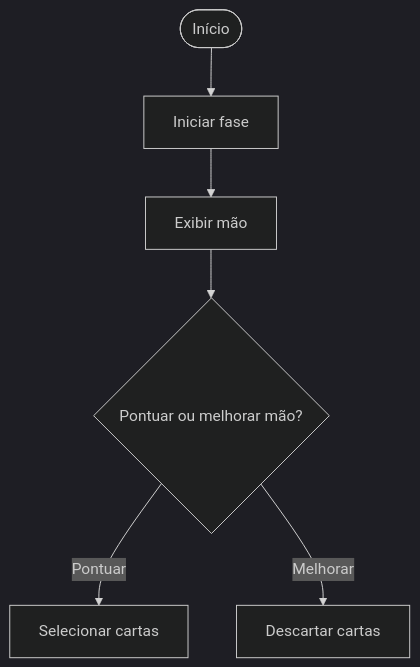
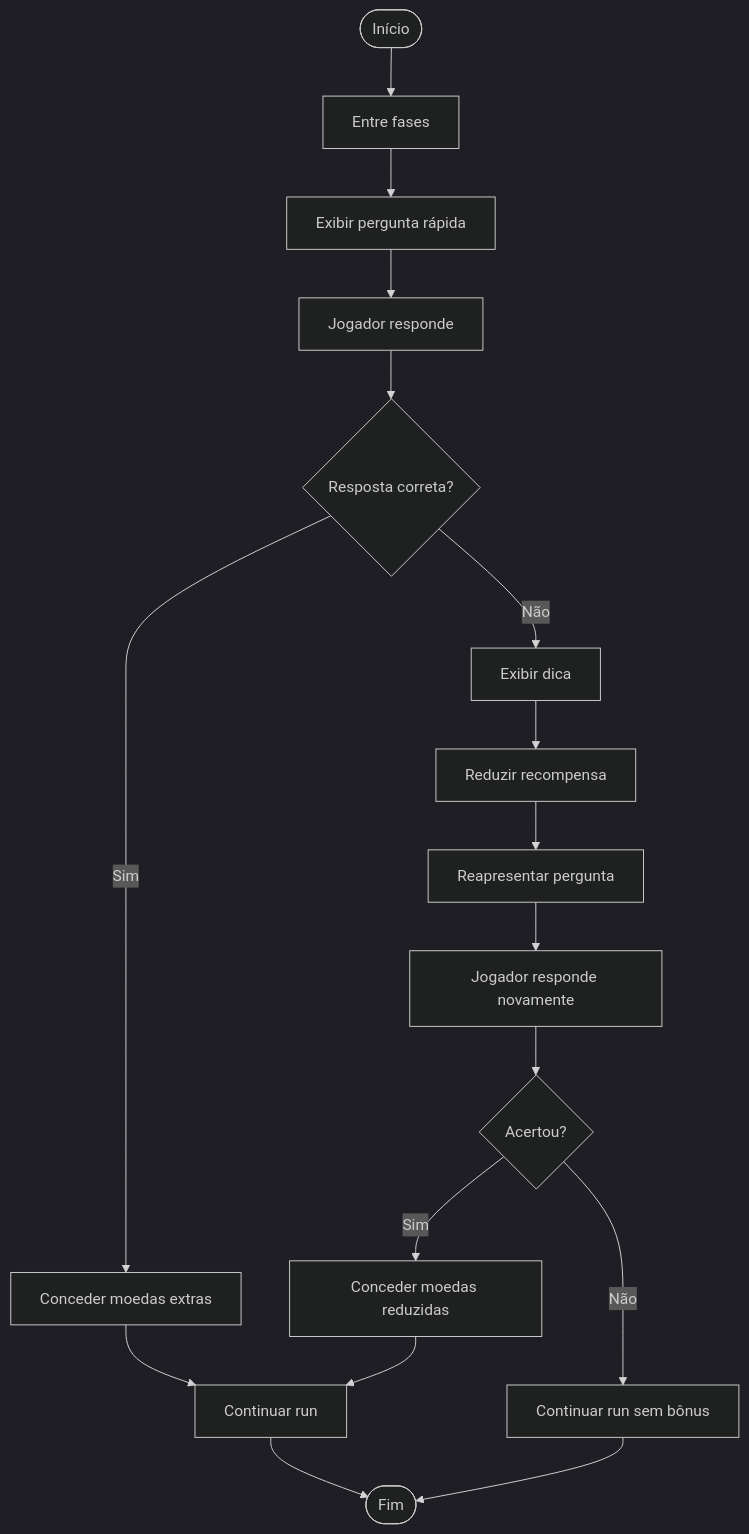
One commit to egs3-coder/Projeto-Interno changed the third of 14 diagrams in README.md. Above: the diagram before and after it, drawn with Mermaid (dark theme). The commit also changed other lines of this file, not shown here.

````diff
--- a/README.md
+++ b/README.md
@@ -86,8 +86,23 @@
 ```mermaid
 flowchart TD
-    A([Início]) --> B[Iniciar fase]
-    B --> C[Exibir mão]
-    C --> D{Pontuar ou melhorar mão?}
-    D -->|Pontuar| E[Selecionar cartas]
-    D -->|Melhorar| F[Descartar cartas]
+   A([Início]) --> B[Entre fases]
+    B --> C[Exibir pergunta rápida]
+    C --> D[Jogador responde]
+    D --> E{Resposta correta?}
+
+    E -->|Sim| F[Conceder moedas extras]
+    F --> G[Continuar run]
+    G --> H([Fim])
+
+    E -->|Não| I[Exibir dica]
+    I --> J[Reduzir recompensa]
+    J --> K[Reapresentar pergunta]
+    K --> L[Jogador responde novamente]
+    L --> M{Acertou?}
+
+    M -->|Sim| N[Conceder moedas reduzidas]
+    N --> G
+
+    M -->|Não| O[Continuar run sem bônus]
+    O --> H
 ```
````
